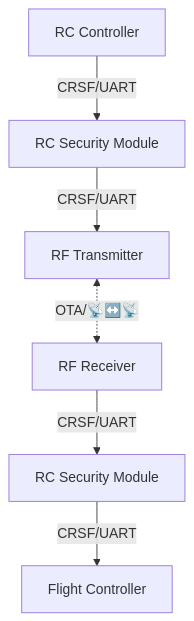
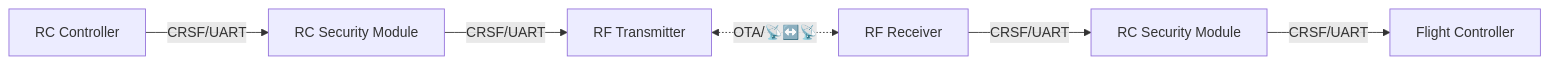
Before and after one commit to donghee/rc-security-module: the first of 2 diagrams in README.md, drawn with Mermaid.

````diff
--- a/README.md
+++ b/README.md
@@ -7,9 +7,9 @@
 ```mermaid
-flowchart TD;
+flowchart LR;
     A[RC Controller] -- CRSF/UART --> B[RC Security Module]
     B -- CRSF/UART --> C[RF Transmitter]
     D[RF Receiver] -- CRSF/UART --> E[RC Security Module]
     E -- CRSF/UART --> F[Flight Controller]
 
     C[RF Transmitter] <-. OTA/📡↔️📡 .-> D[RF Receiver]
 ```
````
